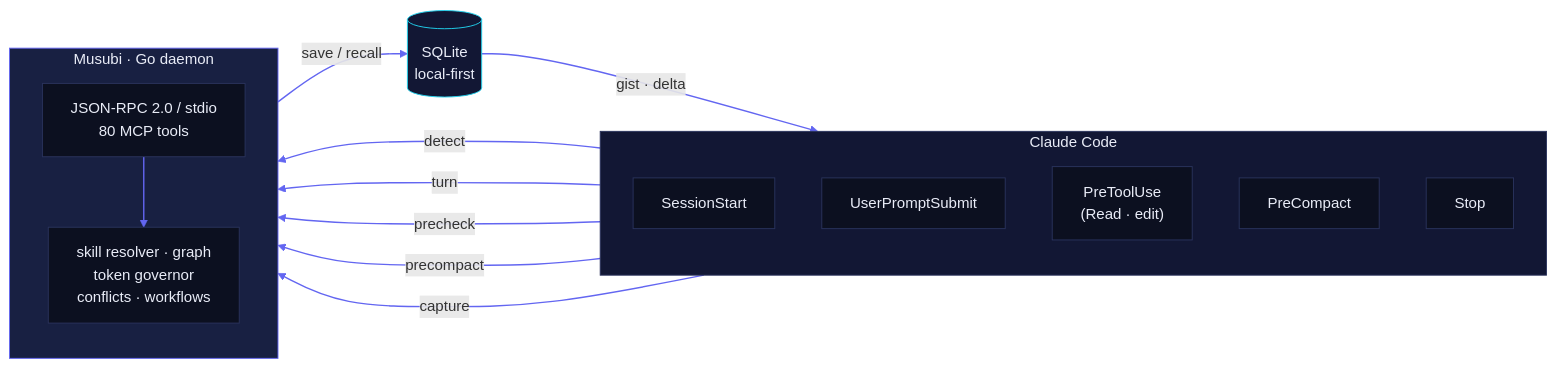
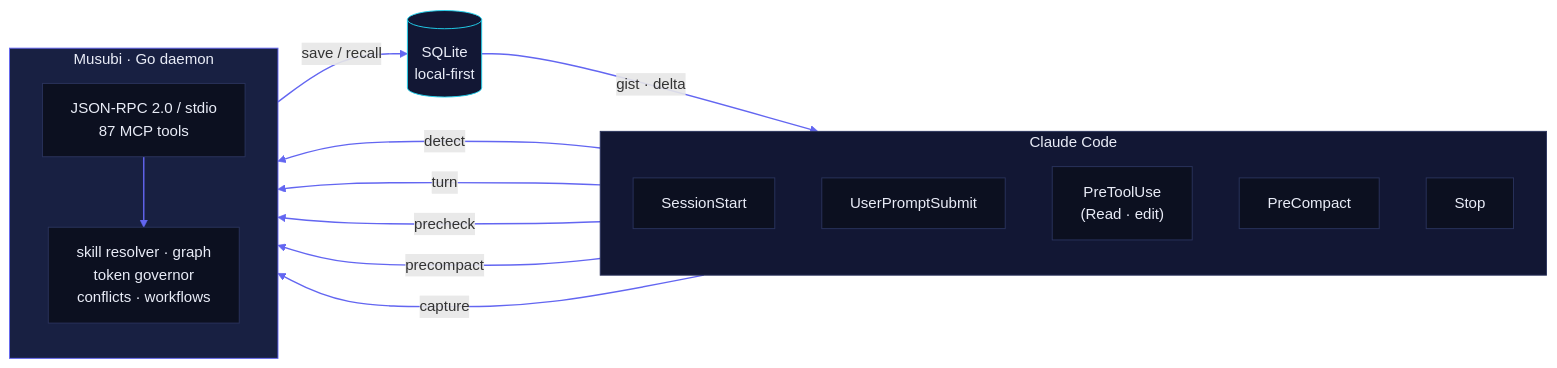
One commit to codeabraham16/musubi changed the first of 3 diagrams in README.en.md. Above: the diagram before and after it, drawn with Mermaid. The commit also changed other lines of this file and 33 other files, not shown here.

````diff
--- a/README.en.md
+++ b/README.en.md
@@ -95,34 +95,34 @@
 ```mermaid
 flowchart LR
     subgraph CC["Claude Code"]
         direction TB
         H1["SessionStart"]
         H2["UserPromptSubmit"]
         H3["PreToolUse<br/>(Read · edit)"]
         H4["PreCompact"]
         H5["Stop"]
     end
     subgraph M["Musubi · Go daemon"]
         direction TB
-        RPC["JSON-RPC 2.0 / stdio<br/>80 MCP tools"]
+        RPC["JSON-RPC 2.0 / stdio<br/>87 MCP tools"]
         COG["skill resolver · graph<br/>token governor<br/>conflicts · workflows"]
     end
     DB[("SQLite<br/>local-first")]
 
     H1 -- "detect" --> RPC
     H2 -- "turn" --> RPC
     H3 -- "precheck" --> RPC
     H4 -- "precompact" --> RPC
     H5 -- "capture" --> RPC
     RPC --> COG
     COG -- "save / recall" --> DB
     DB -- "gist · delta" --> CC
 
     classDef cc fill:#121734,stroke:#2A335C,color:#E9ECF7;
     classDef mm fill:#182042,stroke:#6366F1,color:#E9ECF7;
     classDef db fill:#121734,stroke:#22D3EE,color:#E9ECF7;
     classDef nd fill:#0C1020,stroke:#2A335C,color:#E9ECF7;
     class CC cc; class M mm; class DB db;
     class H1,H2,H3,H4,H5,RPC,COG nd;
     linkStyle default stroke:#6366F1,stroke-width:1.5px;
 ```
````
